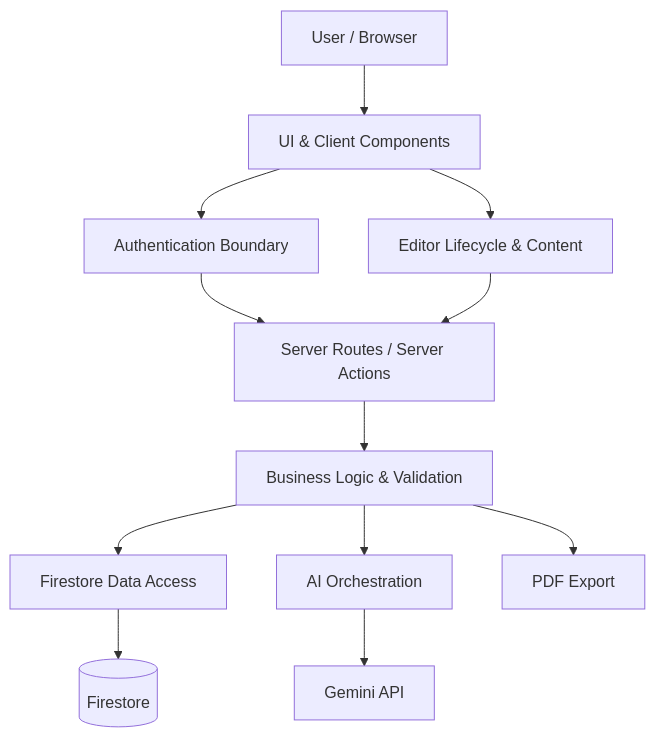
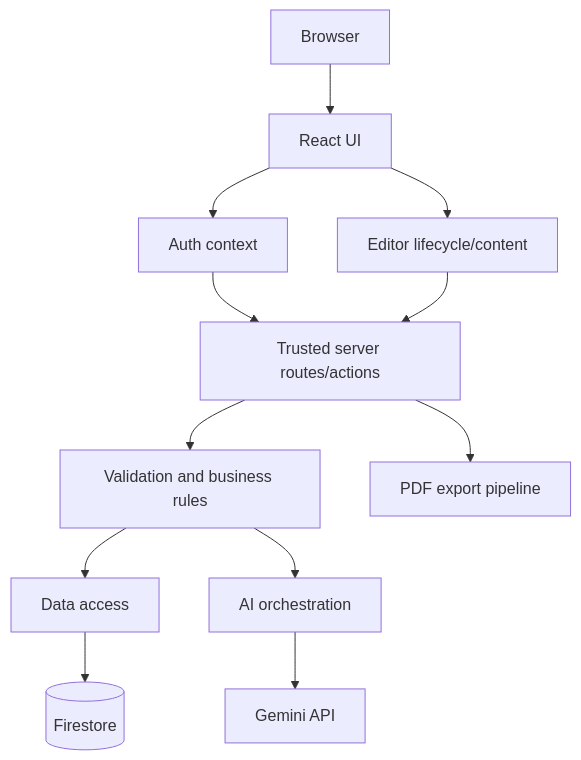
The diagram in docs/TECHNICAL_PLAN.md (EvansAbraham/SyncSphere), drawn with Mermaid before and after one commit. The commit also changed other lines of this file, not shown here.

````diff
--- a/docs/TECHNICAL_PLAN.md
+++ b/docs/TECHNICAL_PLAN.md
@@ -89,26 +54,14 @@
 ```mermaid
 flowchart TD
-    U[User / Browser]
-    UI[UI & Client Components]
-    AUTH[Authentication Boundary]
-    API[Server Routes / Server Actions]
-    BL[Business Logic & Validation]
-    DATA[Firestore Data Access]
-    DB[(Firestore)]
-    AI[AI Orchestration]
-    GEM[Gemini API]
-    EDIT[Editor Lifecycle & Content]
-    PDF[PDF Export]
-
-    U --> UI
-    UI --> AUTH
-    AUTH --> API
-    API --> BL
-    BL --> DATA
-    DATA --> DB
-    BL --> AI
-    AI --> GEM
-    UI --> EDIT
-    EDIT --> API
-    BL --> PDF
+  U[Browser] --> UI[React UI]
+  UI --> AUTH[Auth context]
+  AUTH --> SV[Trusted server routes/actions]
+  SV --> VAL[Validation and business rules]
+  VAL --> DA[Data access]
+  DA --> DB[(Firestore)]
+  VAL --> AI[AI orchestration]
+  AI --> GEM[Gemini API]
+  UI --> ED[Editor lifecycle/content]
+  ED --> SV
+  SV --> PDF[PDF export pipeline]
 ```
````
